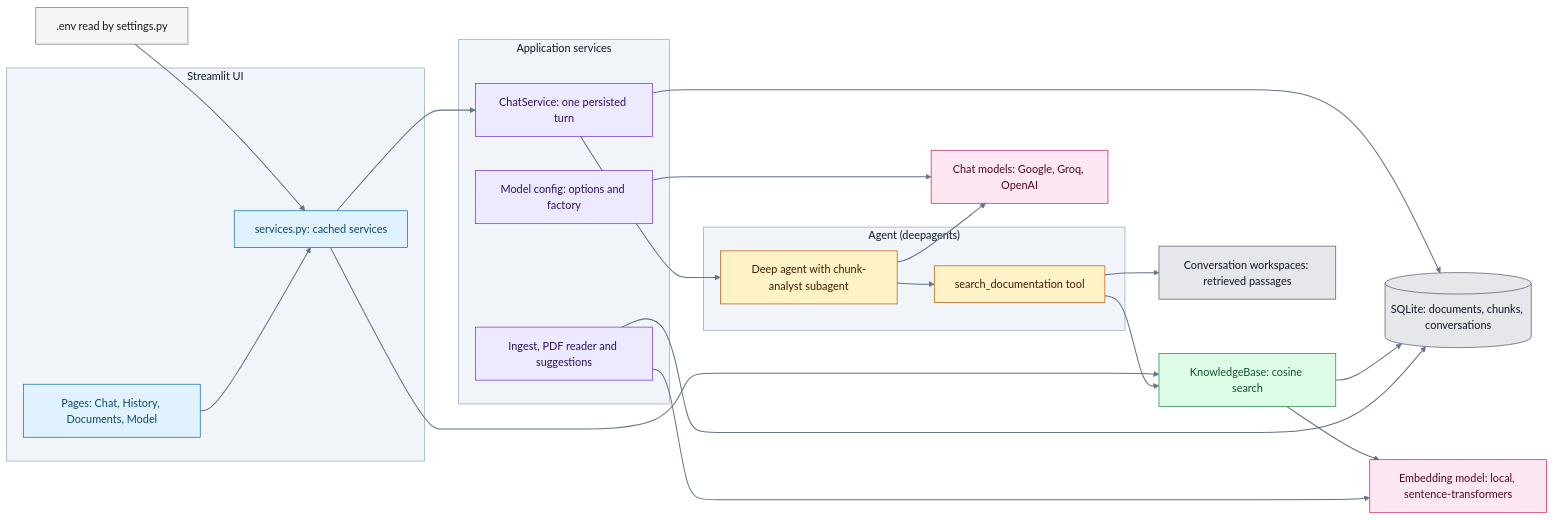
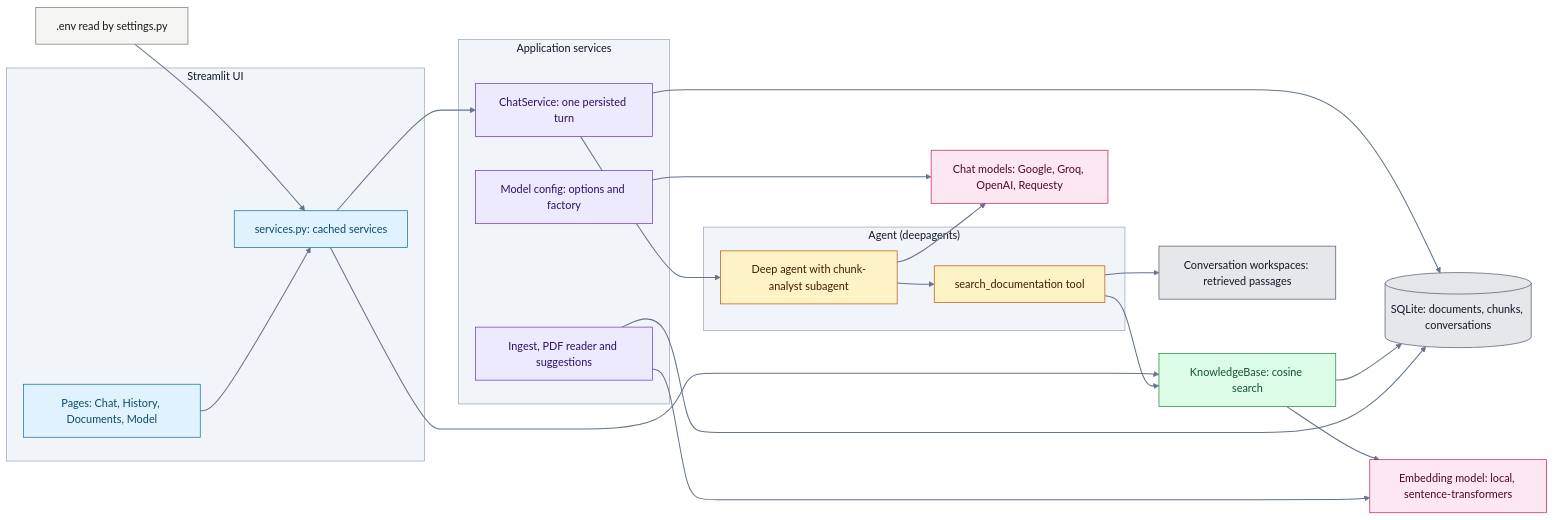
Before and after one commit to vidhaata-labs/lang-rag-assistant: the first of 2 diagrams in README.md, drawn with Mermaid. The commit also changed other lines of this file and 8 other files, not shown here.

First line of the commit message:
feat: add Requesty as a chat model provider

````diff
--- a/README.md
+++ b/README.md
@@ -54,61 +54,61 @@
 ```mermaid
 flowchart LR
     subgraph UI["Streamlit UI"]
         PAGES["Pages: Chat, History, Documents, Model"]
         SVC["services.py: cached services"]
     end
 
     subgraph APP["Application services"]
         CS["ChatService: one persisted turn"]
         ING["Ingest, PDF reader and suggestions"]
         MC["Model config: options and factory"]
     end
 
     subgraph AGENT["Agent (deepagents)"]
         AG["Deep agent with chunk-analyst subagent"]
         TOOL["search_documentation tool"]
     end
 
     KB["KnowledgeBase: cosine search"]
     DB[("SQLite: documents, chunks, conversations")]
     WS["Conversation workspaces: retrieved passages"]
-    LLM["Chat models: Google, Groq, OpenAI"]
+    LLM["Chat models: Google, Groq, OpenAI, Requesty"]
     EMB["Embedding model: local, sentence-transformers"]
     CFG[".env read by settings.py"]
 
     CFG --> SVC
     PAGES --> SVC
     SVC --> CS
     SVC --> KB
     CS --> AG
     CS --> DB
     AG --> TOOL
     AG --> LLM
     TOOL --> KB
     TOOL --> WS
     KB --> DB
     KB --> EMB
     ING --> EMB
     ING --> DB
     MC --> LLM
 
     linkStyle default stroke:#64748B,stroke-width:1.5px
 
     classDef ui fill:#E0F2FE,stroke:#0369A1,color:#0C4A6E
     classDef app fill:#EDE9FE,stroke:#6D28D9,color:#2E1065
     classDef agent fill:#FEF3C7,stroke:#B45309,color:#451A03
     classDef ret fill:#DCFCE7,stroke:#15803D,color:#14532D
     classDef store fill:#E5E7EB,stroke:#4B5563,color:#111827
     classDef ext fill:#FCE7F3,stroke:#BE185D,color:#500724
     classDef cfg fill:#F5F5F4,stroke:#78716C,color:#1C1917
     class PAGES,SVC ui
     class CS,ING,MC app
     class AG,TOOL agent
     class KB ret
     class DB,WS store
     class LLM,EMB ext
     class CFG cfg
     style UI fill:#F1F5F9,stroke:#94A3B8,color:#0F172A
     style APP fill:#F1F5F9,stroke:#94A3B8,color:#0F172A
     style AGENT fill:#F1F5F9,stroke:#94A3B8,color:#0F172A
 ```
````
